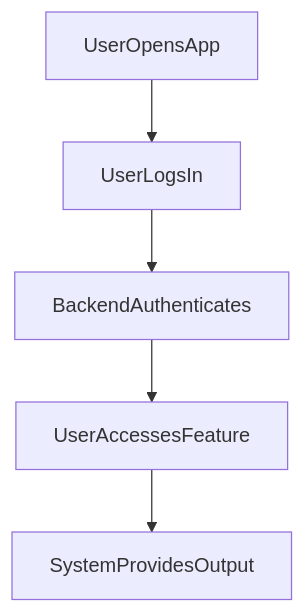
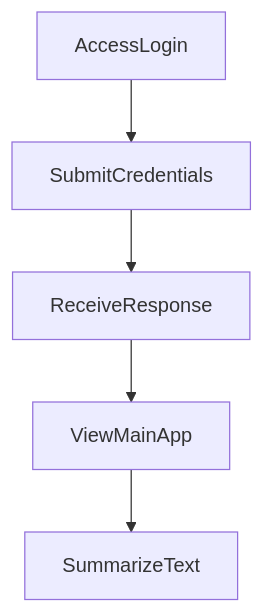
Before and after one commit to yogithasivakumar/FocusZen: the second of 2 diagrams in README.md, drawn with Mermaid. The commit also changed other lines of this file, not shown here.

````diff
--- a/README.md
+++ b/README.md
@@ -23,7 +24,7 @@
 ```mermaid
 flowchart TD
-    UserOpensApp --> UserLogsIn
-    UserLogsIn --> BackendAuthenticates
-    BackendAuthenticates --> UserAccessesFeature
-    UserAccessesFeature --> SystemProvidesOutput
+    AccessLogin --> SubmitCredentials
+    SubmitCredentials --> ReceiveResponse
+    ReceiveResponse --> ViewMainApp
+    ViewMainApp --> SummarizeText
 ```
````
